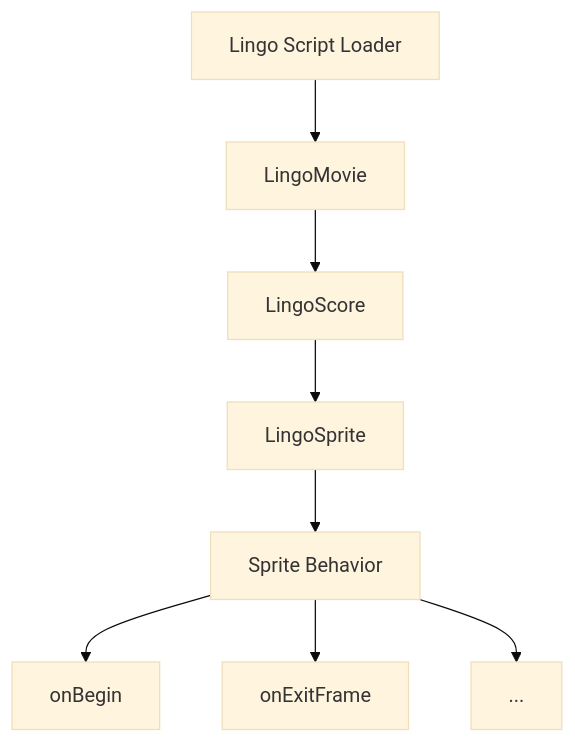
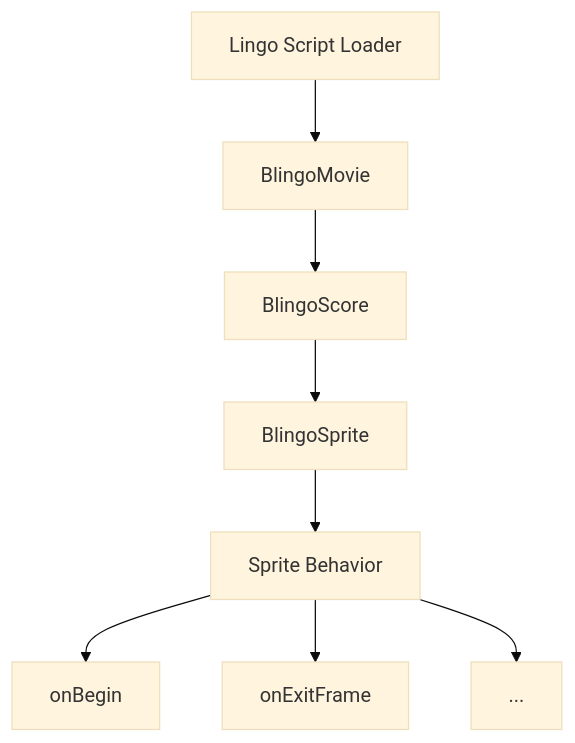
Before and after one commit to EmmanuelTheCreator/BlingoEngine: the third of 4 diagrams in docs/design/Architecture.md, drawn with Mermaid (base theme). The commit also changed other lines of this file and 2308 other files, not shown here.

````diff
--- a/docs/design/Architecture.md
+++ b/docs/design/Architecture.md
@@ -135,7 +135,7 @@
 ```mermaid
 graph TD
-    loader["Lingo Script Loader"] --> movie[LingoMovie] --> score[LingoScore] --> sprite[LingoSprite] --> behavior["Sprite Behavior"]
+    loader["Lingo Script Loader"] --> movie[BlingoMovie] --> score[BlingoScore] --> sprite[BlingoSprite] --> behavior["Sprite Behavior"]
     behavior --> begin[onBegin]
     behavior --> exit[onExitFrame]
     behavior --> extra[...]
 ```
````
